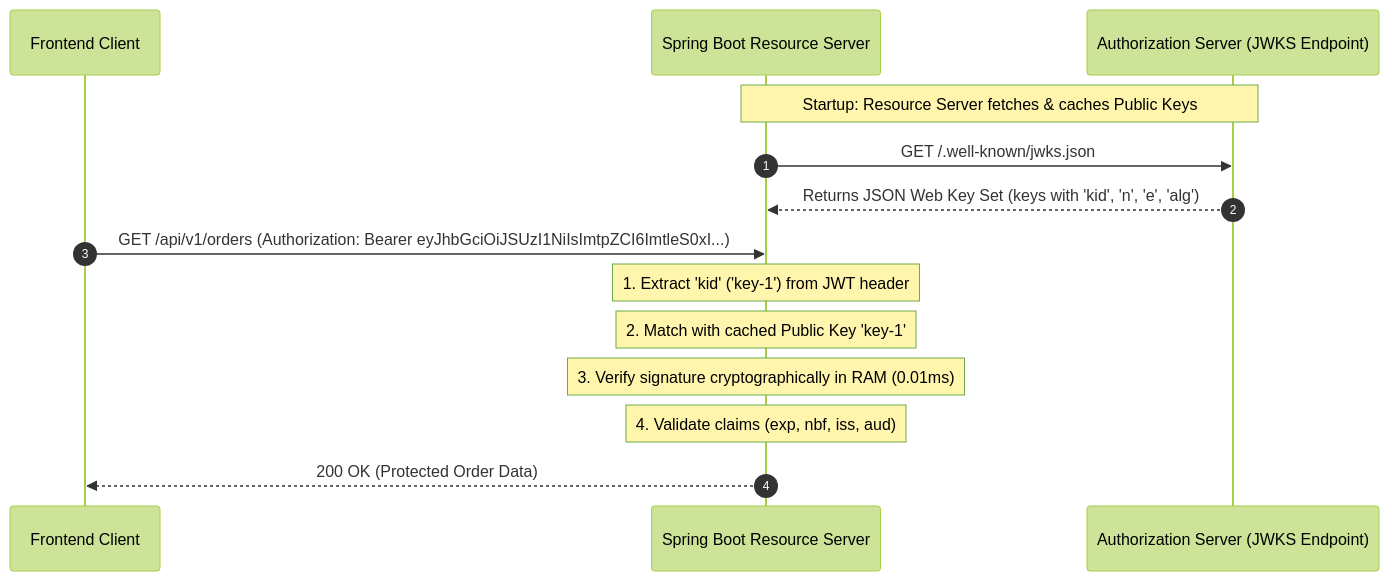
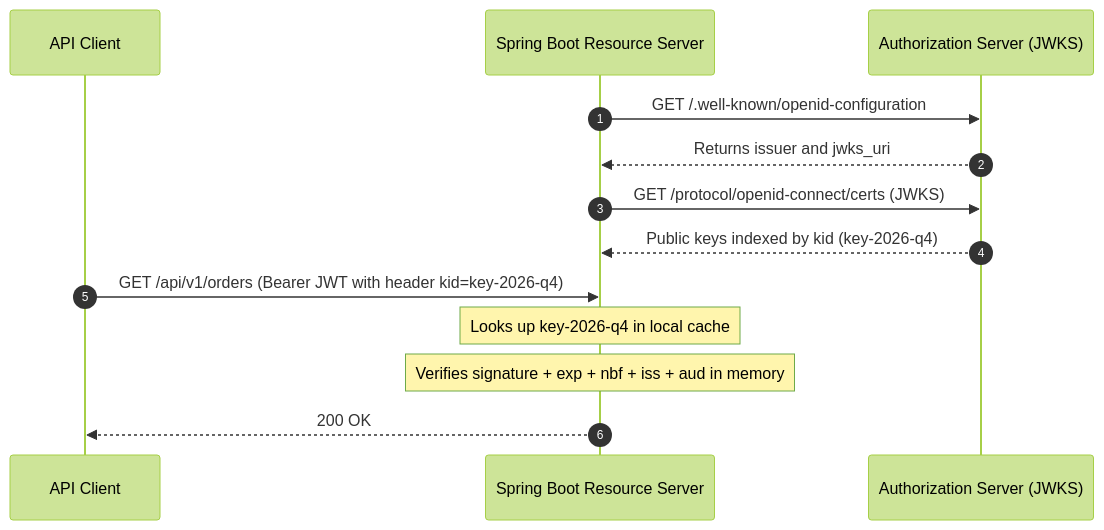
Before and after one commit to ravishankar2463/java_hub: the second of 3 diagrams in content/roadmap/level-9/oauth2-and-oidc-resource-servers.md, drawn with Mermaid (forest theme). The commit also changed other lines of this file and 119 other files, not shown here.

Commit message:
feat: add comprehensive java learning roadmap content across multiple levels

````diff
--- a/content/roadmap/level-9/oauth2-and-oidc-resource-servers.md
+++ b/content/roadmap/level-9/oauth2-and-oidc-resource-servers.md
@@ -65,18 +75,17 @@
 ```mermaid
 sequenceDiagram
     autonumber
-    participant Client as Frontend Client
+    participant Client as API Client
     participant RS as Spring Boot Resource Server
-    participant Auth as Authorization Server (JWKS Endpoint)
+    participant IdP as Authorization Server (JWKS)
 
-    Note over RS,Auth: Startup: Resource Server fetches & caches Public Keys
-    RS->>Auth: GET /.well-known/jwks.json
-    Auth-->>RS: Returns JSON Web Key Set (keys with 'kid', 'n', 'e', 'alg')
+    RS->>IdP: GET /.well-known/openid-configuration
+    IdP-->>RS: Returns issuer and jwks_uri
+    RS->>IdP: GET /protocol/openid-connect/certs (JWKS)
+    IdP-->>RS: Public keys indexed by kid (key-2026-q4)
 
-    Client->>RS: GET /api/v1/orders (Authorization: Bearer eyJhbGciOiJSUzI1NiIsImtpZCI6ImtleS0xI...)
-    Note over RS: 1. Extract 'kid' ('key-1') from JWT header
-    Note over RS: 2. Match with cached Public Key 'key-1'
-    Note over RS: 3. Verify signature cryptographically in RAM (0.01ms)
-    Note over RS: 4. Validate claims (exp, nbf, iss, aud)
-    RS-->>Client: 200 OK (Protected Order Data)
+    Client->>RS: GET /api/v1/orders (Bearer JWT with header kid=key-2026-q4)
+    Note over RS: Looks up key-2026-q4 in local cache
+    Note over RS: Verifies signature + exp + nbf + iss + aud in memory
+    RS-->>Client: 200 OK
 ```
````
